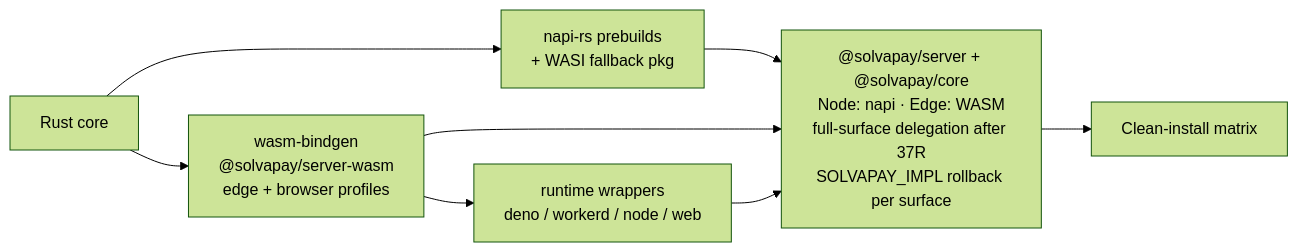
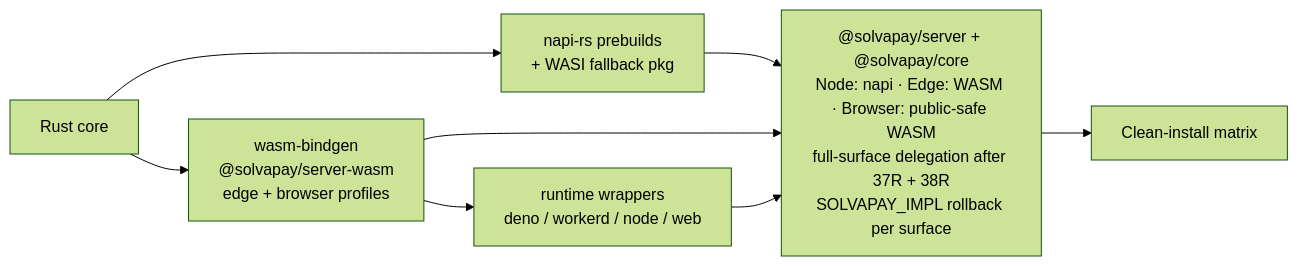
One commit to solvapay/solvapay-sdk changed the tenth of 18 diagrams in docs/contributing/rust-core-sdk-redesign-v2.md. Above: the diagram before and after it, drawn with Mermaid (forest theme). The commit also changed other lines of this file and 59 other files, not shown here.

First line of the commit message:
feat(rust): full-surface edge WASM cutover (step 38R)

````diff
--- a/docs/contributing/rust-core-sdk-redesign-v2.md
+++ b/docs/contributing/rust-core-sdk-redesign-v2.md
@@ -1105,10 +1105,10 @@
 ```mermaid
 flowchart LR
   CORE6["Rust core"] --> NAPI6["napi-rs prebuilds<br/>+ WASI fallback pkg"]
   CORE6 --> WASM6["wasm-bindgen<br/>@solvapay/server-wasm<br/>edge + browser profiles"]
-  NAPI6 --> EXP["@solvapay/server + @solvapay/core<br/>Node: napi · Edge: WASM<br/>full-surface delegation after 37R<br/>SOLVAPAY_IMPL rollback per surface"]
+  NAPI6 --> EXP["@solvapay/server + @solvapay/core<br/>Node: napi · Edge: WASM · Browser: public-safe WASM<br/>full-surface delegation after 37R + 38R<br/>SOLVAPAY_IMPL rollback per surface"]
   WASM6 --> EXP
   WASM6 --> WRAP["runtime wrappers<br/>deno / workerd / node / web"]
   WRAP --> EXP
   EXP --> SMOKE["Clean-install matrix"]
 ```
````
